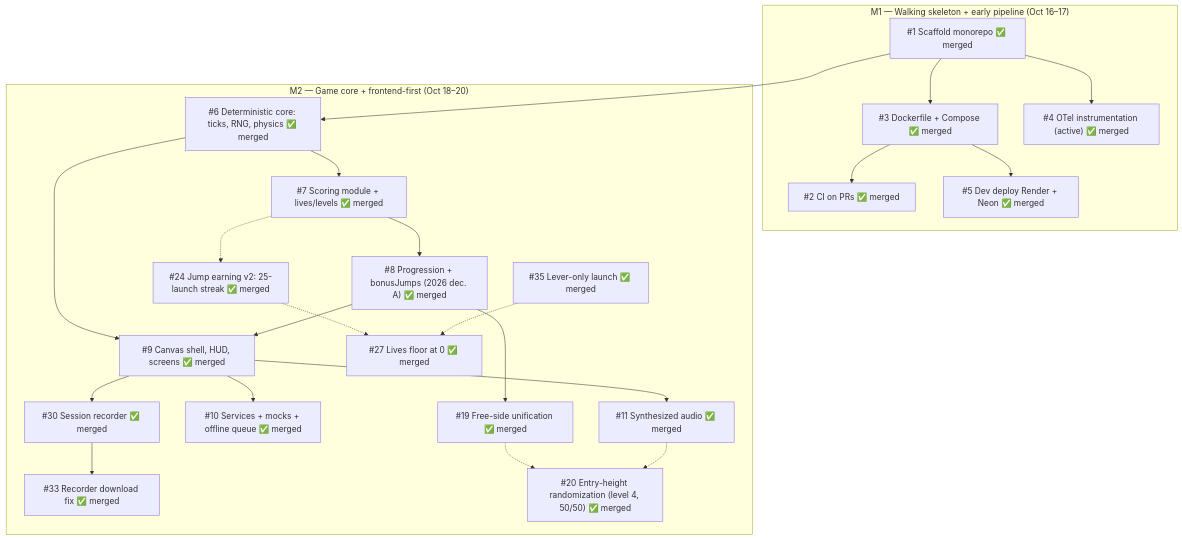
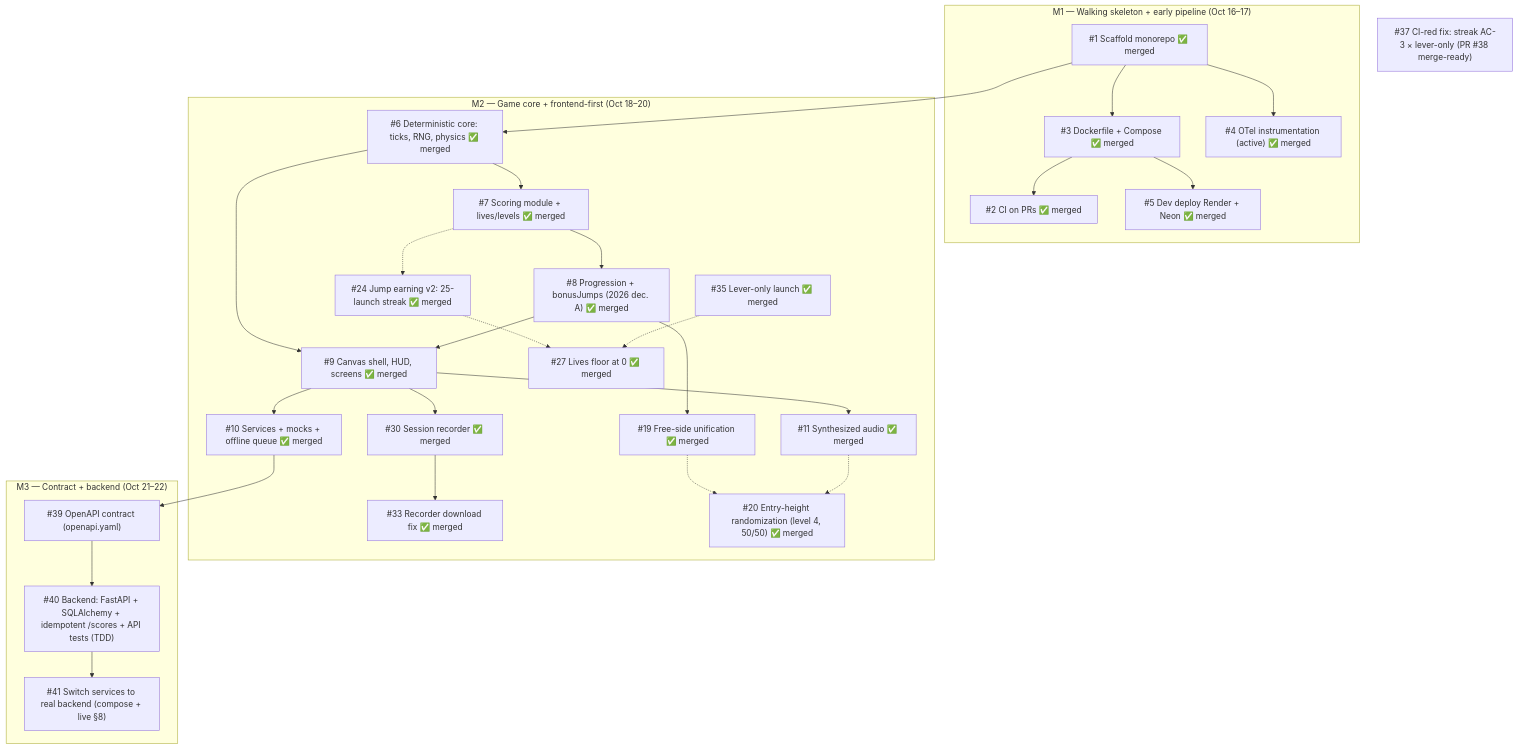
The diagram in _docs/backlog.md (lucapug/clown-circus-reloaded), drawn with Mermaid before and after one commit. The commit also changed other lines of this file, not shown here.

Commit message:
Backlog map: M3 groomed (#39 contract, #40 backend, #41 switch); critical path extended

````diff
--- a/_docs/backlog.md
+++ b/_docs/backlog.md
@@ -7,47 +7,59 @@
 ```mermaid
 graph TD
     subgraph M1["M1 — Walking skeleton + early pipeline (Oct 16–17)"]
         I1["#1 Scaffold monorepo ✅ merged"]
     I2["#2 CI on PRs ✅ merged"]
         I3["#3 Dockerfile + Compose ✅ merged"]
     I4["#4 OTel instrumentation (active) ✅ merged"]
     I5["#5 Dev deploy Render + Neon ✅ merged"]
     end
 
     subgraph M2["M2 — Game core + frontend-first (Oct 18–20)"]
         I6["#6 Deterministic core: ticks, RNG, physics ✅ merged"]
         I7["#7 Scoring module + lives/levels ✅ merged"]
         I8["#8 Progression + bonusJumps (2026 dec. A) ✅ merged"]
         I9["#9 Canvas shell, HUD, screens ✅ merged"]
     I30["#30 Session recorder ✅ merged"]
     I33["#33 Recorder download fix ✅ merged"]
         I10["#10 Services + mocks + offline queue ✅ merged"]
         I11["#11 Synthesized audio ✅ merged"]
         I19["#19 Free-side unification ✅ merged"]
         I20["#20 Entry-height randomization (level 4, 50/50) ✅ merged"]
         I24["#24 Jump earning v2: 25-launch streak ✅ merged"]
         I27["#27 Lives floor at 0 ✅ merged"]
     I35["#35 Lever-only launch ✅ merged"]
     end
 
+    subgraph M3["M3 — Contract + backend (Oct 21–22)"]
+        I39["#39 OpenAPI contract (openapi.yaml)"]
+        I40["#40 Backend: FastAPI + SQLAlchemy + idempotent /scores + API tests (TDD)"]
+        I41["#41 Switch services to real backend (compose + live §8)"]
+    end
+
+    I37["#37 CI-red fix: streak AC-3 × lever-only (PR #38 merge-ready)"]
+
     I1 --> I3
     I1 --> I4
     I3 --> I2
     I3 --> I5
 
     I1 --> I6
     I6 --> I7
     I7 --> I8
     I6 --> I9
     I8 --> I9
     I9 --> I10
     I9 --> I11
     I8 --> I19
     I19 -.-> I20
     I11 -.-> I20
     I7 -.-> I24
     I9 --> I30
     I30 --> I33
     I24 -.-> I27
     I35 -.-> I27
+
+    I10 --> I39
+    I39 --> I40
+    I40 --> I41
 ```
````
